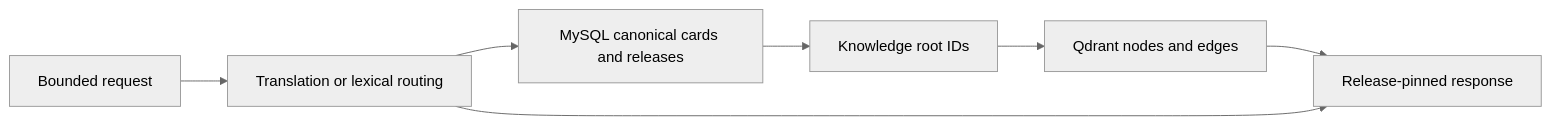
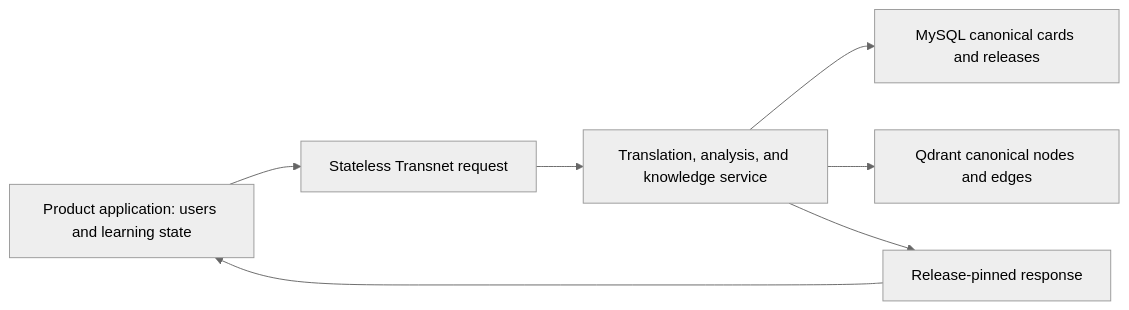
The first of 2 diagrams in docs/transnet.md (Ashex-x/Transnet), drawn with Mermaid (neutral theme) before and after one commit. The commit also changed other lines of this file and 5 other files, not shown here.

````diff
--- a/docs/transnet.md
+++ b/docs/transnet.md
@@ -53,9 +26,9 @@
 ```mermaid
 flowchart LR
-  request["Bounded request"] --> route["Translation or lexical routing"]
-  route --> mysql["MySQL canonical cards and releases"]
-  mysql --> roots["Knowledge root IDs"]
-  roots --> qdrant["Qdrant nodes and edges"]
-  qdrant --> response["Release-pinned response"]
-  route --> response
+  product["Product application: users and learning state"] --> request["Stateless Transnet request"]
+  request --> service["Translation, analysis, and knowledge service"]
+  service --> mysql["MySQL canonical cards and releases"]
+  service --> qdrant["Qdrant canonical nodes and edges"]
+  service --> response["Release-pinned response"]
+  response --> product
 ```
````
